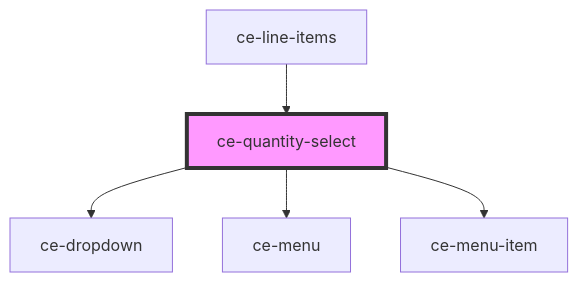
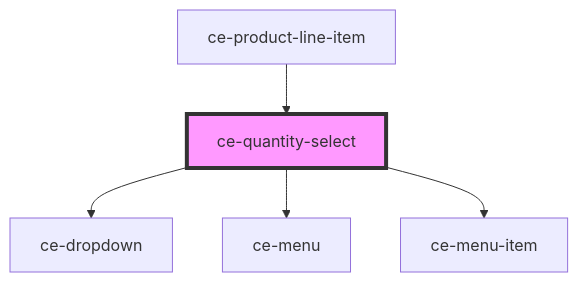
Before and after one commit to surecart/surecart-wp-plugin: the diagram in packages/components/src/components/ui/quantity-select/readme.md, drawn with Mermaid. The commit also changed other lines of this file and 38 other files, not shown here.

````diff
--- a/packages/components/src/components/ui/quantity-select/readme.md
+++ b/packages/components/src/components/ui/quantity-select/readme.md
@@ -38,8 +38,8 @@
 ```mermaid
 graph TD;
   ce-quantity-select --> ce-dropdown
   ce-quantity-select --> ce-menu
   ce-quantity-select --> ce-menu-item
-  ce-line-items --> ce-quantity-select
+  ce-product-line-item --> ce-quantity-select
   style ce-quantity-select fill:#f9f,stroke:#333,stroke-width:4px
 ```
````
